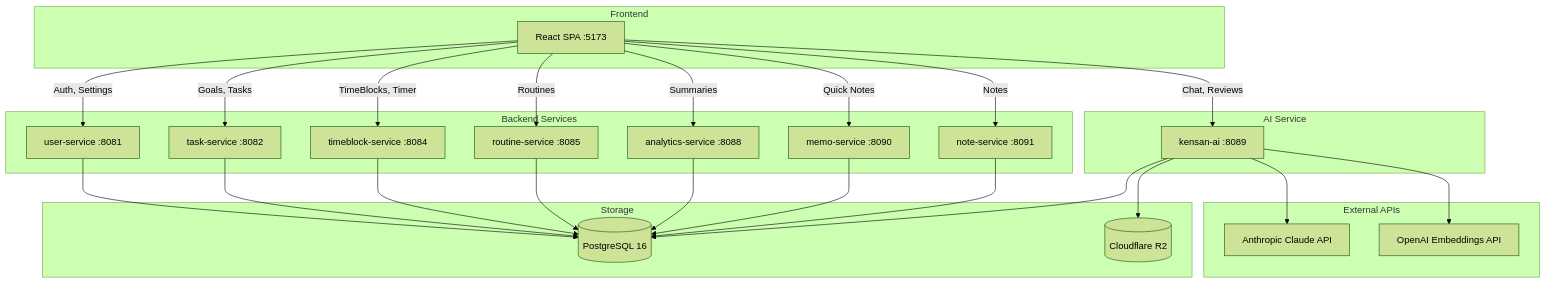
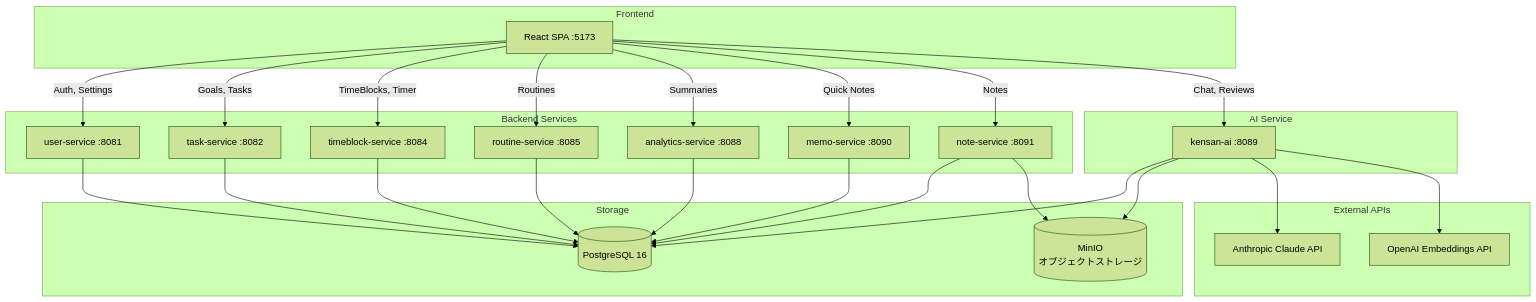
The first of 2 diagrams in backend/ARCHITECTURE.md (yu-min3/kensan), drawn with Mermaid (forest theme) before and after one commit. The commit also changed other lines of this file and 55 other files, not shown here.

````diff
--- a/backend/ARCHITECTURE.md
+++ b/backend/ARCHITECTURE.md
@@ -41,51 +41,52 @@
 ```mermaid
 graph TB
     subgraph Frontend
         SPA[React SPA :5173]
     end
 
     subgraph "Backend Services"
         US[user-service :8081]
         TS[task-service :8082]
         TBS[timeblock-service :8084]
         RS[routine-service :8085]
         AS[analytics-service :8088]
         MS[memo-service :8090]
         NS[note-service :8091]
     end
 
     subgraph "AI Service"
         AI[kensan-ai :8089]
     end
 
     subgraph Storage
         PG[(PostgreSQL 16)]
-        R2[(Cloudflare R2)]
+        MinIO[(MinIO<br/>オブジェクトストレージ)]
     end
 
     subgraph "External APIs"
         Claude[Anthropic Claude API]
         OpenAI[OpenAI Embeddings API]
     end
 
     SPA -->|Auth, Settings| US
     SPA -->|Goals, Tasks| TS
     SPA -->|TimeBlocks, Timer| TBS
     SPA -->|Routines| RS
     SPA -->|Summaries| AS
     SPA -->|Quick Notes| MS
     SPA -->|Notes| NS
     SPA -->|Chat, Reviews| AI
 
     US --> PG
     TS --> PG
     TBS --> PG
     RS --> PG
     AS --> PG
     MS --> PG
     NS --> PG
+    NS --> MinIO
     AI --> PG
-    AI --> R2
+    AI --> MinIO
     AI --> Claude
     AI --> OpenAI
 ```
````
